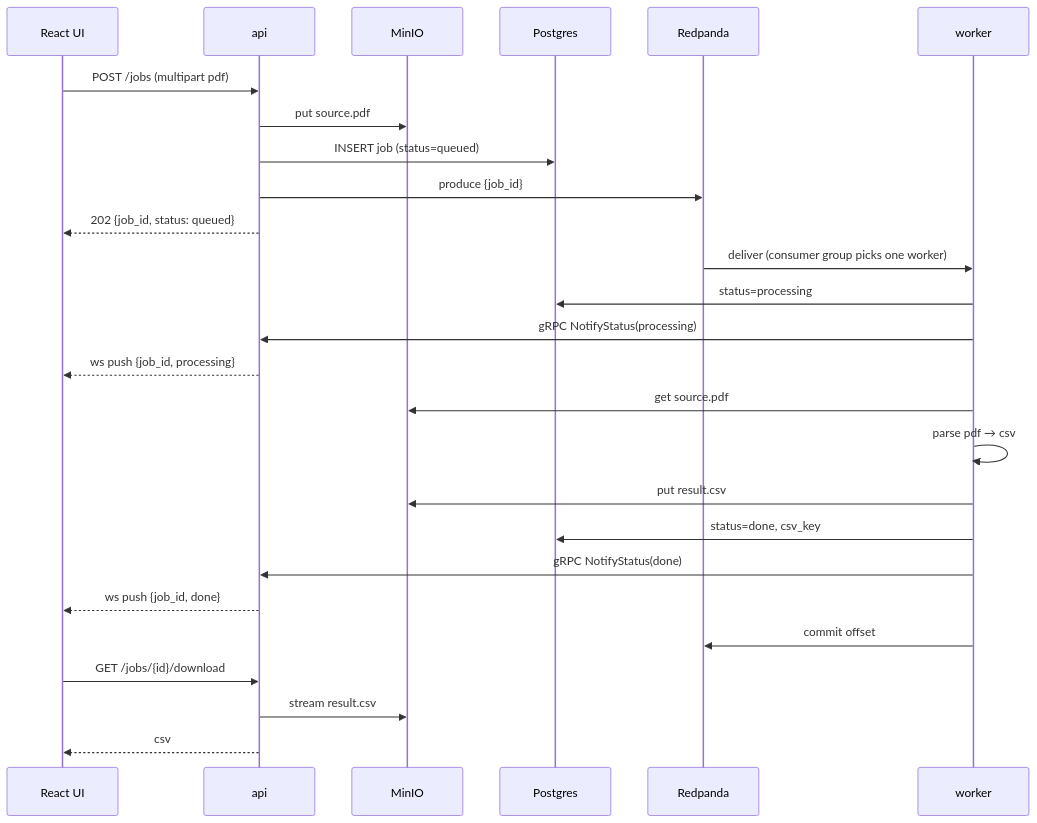
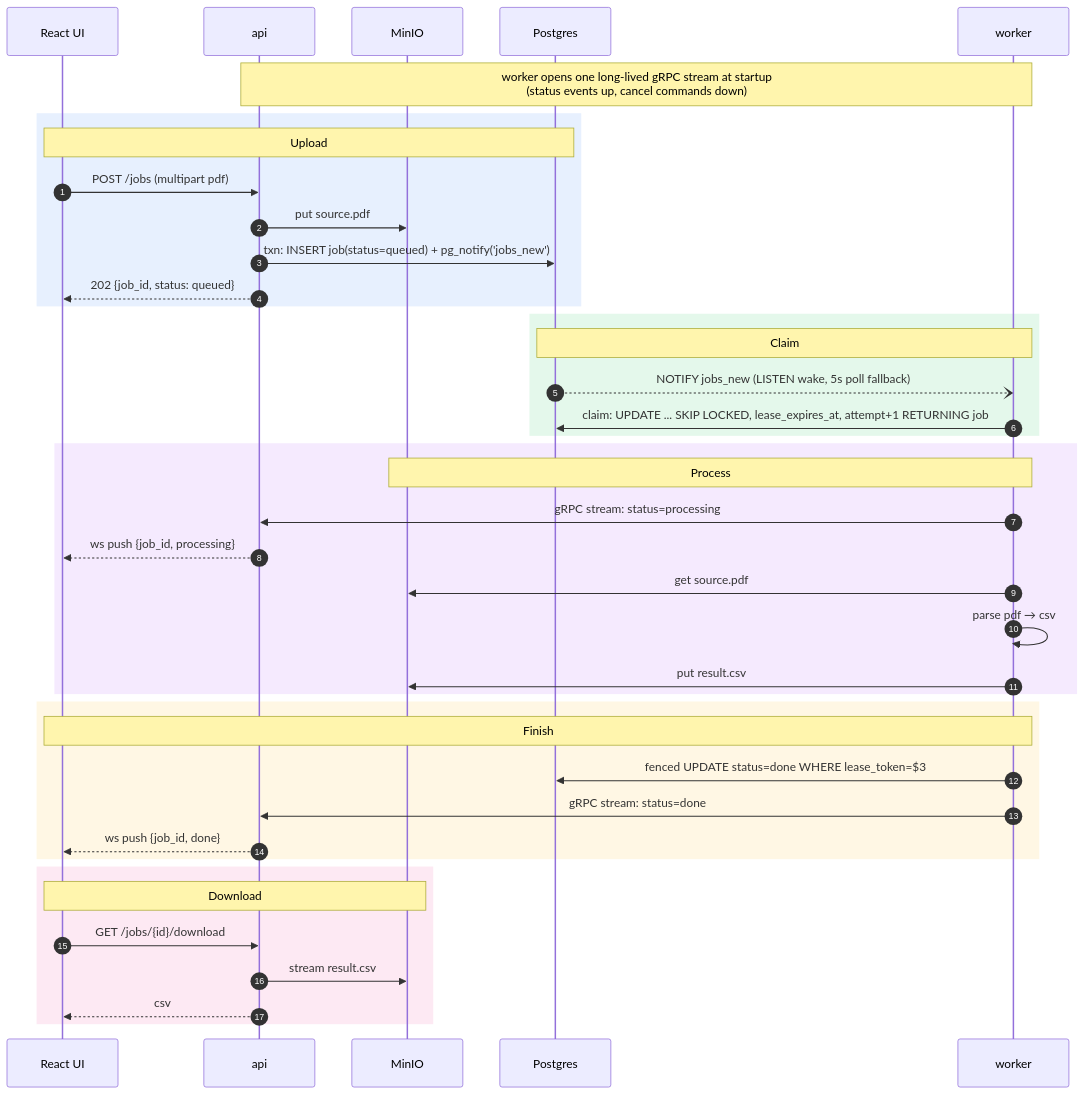
Before and after one commit to anatoly314/interview-mls: the second of 2 diagrams in README.md, drawn with Mermaid. The commit also changed other lines of this file and 18 other files, not shown here.

````diff
--- a/README.md
+++ b/README.md
@@ -53,29 +65,48 @@
 ```mermaid
 sequenceDiagram
+    autonumber
     participant U as React UI
     participant A as api
     participant S as MinIO
     participant P as Postgres
-    participant K as Redpanda
     participant W as worker
 
+    Note over W,A: worker opens one long-lived gRPC stream at startup<br/>(status events up, cancel commands down)
+
+    rect rgba(59, 130, 246, 0.12)
+    Note over U,P: Upload
     U->>A: POST /jobs (multipart pdf)
     A->>S: put source.pdf
-    A->>P: INSERT job (status=queued)
-    A->>K: produce {job_id}
+    A->>P: txn: INSERT job(status=queued) + pg_notify('jobs_new')
     A-->>U: 202 {job_id, status: queued}
-    K->>W: deliver (consumer group picks one worker)
-    W->>P: status=processing
-    W->>A: gRPC NotifyStatus(processing)
+    end
+
+    rect rgba(34, 197, 94, 0.12)
+    Note over P,W: Claim
+    P--)W: NOTIFY jobs_new (LISTEN wake, 5s poll fallback)
+    W->>P: claim: UPDATE ... SKIP LOCKED, lease_expires_at, attempt+1 RETURNING job
+    end
+
+    rect rgba(168, 85, 247, 0.12)
+    Note over W,S: Process
+    W->>A: gRPC stream: status=processing
     A-->>U: ws push {job_id, processing}
     W->>S: get source.pdf
     W->>W: parse pdf → csv
     W->>S: put result.csv
-    W->>P: status=done, csv_key
-    W->>A: gRPC NotifyStatus(done)
+    end
+
+    rect rgba(251, 191, 36, 0.12)
+    Note over W,U: Finish
+    W->>P: fenced UPDATE status=done WHERE lease_token=$3
+    W->>A: gRPC stream: status=done
     A-->>U: ws push {job_id, done}
-    W->>K: commit offset
+    end
+
+    rect rgba(236, 72, 153, 0.12)
+    Note over U,S: Download
     U->>A: GET /jobs/{id}/download
     A->>S: stream result.csv
     A-->>U: csv
+    end
 ```
````
